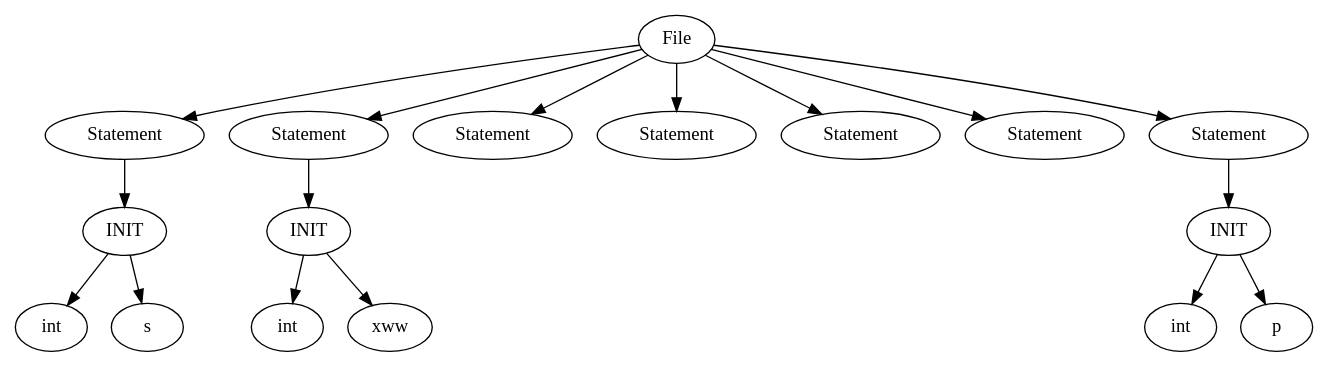
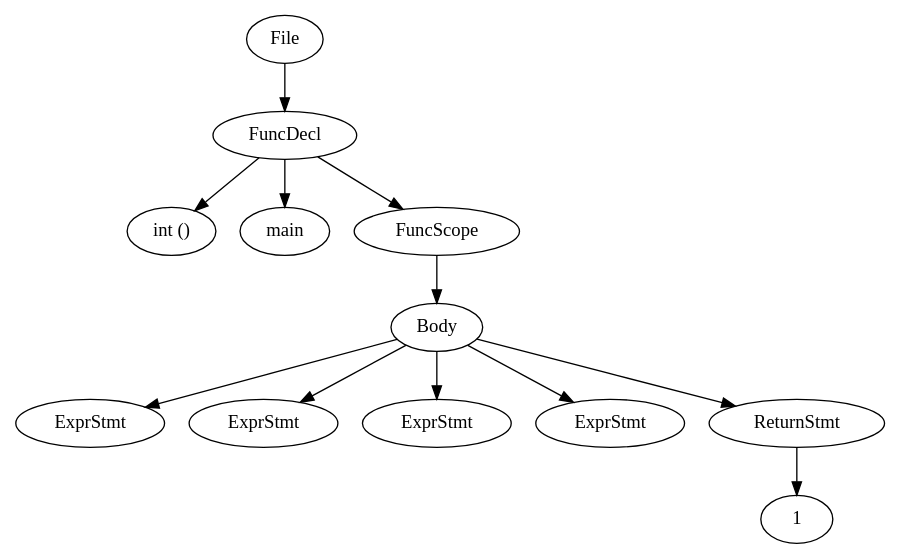
The diagram in src/output.dot (LarsDeLeeuw/Compilers), drawn with Graphviz before and after one commit. The commit also changed 17 other files, not shown here.

```diff
--- a/src/output.dot
+++ b/src/output.dot
@@ -1,34 +1,24 @@
 digraph {n0 [label="File"];
-n1 [label="Statement"];
-n2 [label="INIT"];
-n3 [label="int"];
-n4 [label="s"];
-n5 [label="Statement"];
-n6 [label="INIT"];
-n7 [label="int"];
-n8 [label="xww"];
-n9 [label="Statement"];
-n10 [label="Statement"];
-n11 [label="Statement"];
-n12 [label="Statement"];
-n13 [label="Statement"];
-n14 [label="INIT"];
-n15 [label="int"];
-n16 [label="p"];
+n1 [label="FuncDecl"];
+n2 [label="int ()"];
+n3 [label="main"];
+n4 [label="FuncScope"];
+n6 [label="Body"];
+n8 [label="ExprStmt"];
+n10 [label="ExprStmt"];
+n12 [label="ExprStmt"];
+n14 [label="ExprStmt"];
+n16 [label="ReturnStmt"];
+n17 [label="1"];
 n0 -> n1
 n1 -> n2
-n2 -> n3
-n2 -> n4
-n0 -> n5
-n5 -> n6
-n6 -> n7
+n1 -> n3
+n1 -> n4
+n4 -> n6
 n6 -> n8
-n0 -> n9
-n0 -> n10
-n0 -> n11
-n0 -> n12
-n0 -> n13
-n13 -> n14
-n14 -> n15
-n14 -> n16
+n6 -> n10
+n6 -> n12
+n6 -> n14
+n6 -> n16
+n16 -> n17
 }
```
